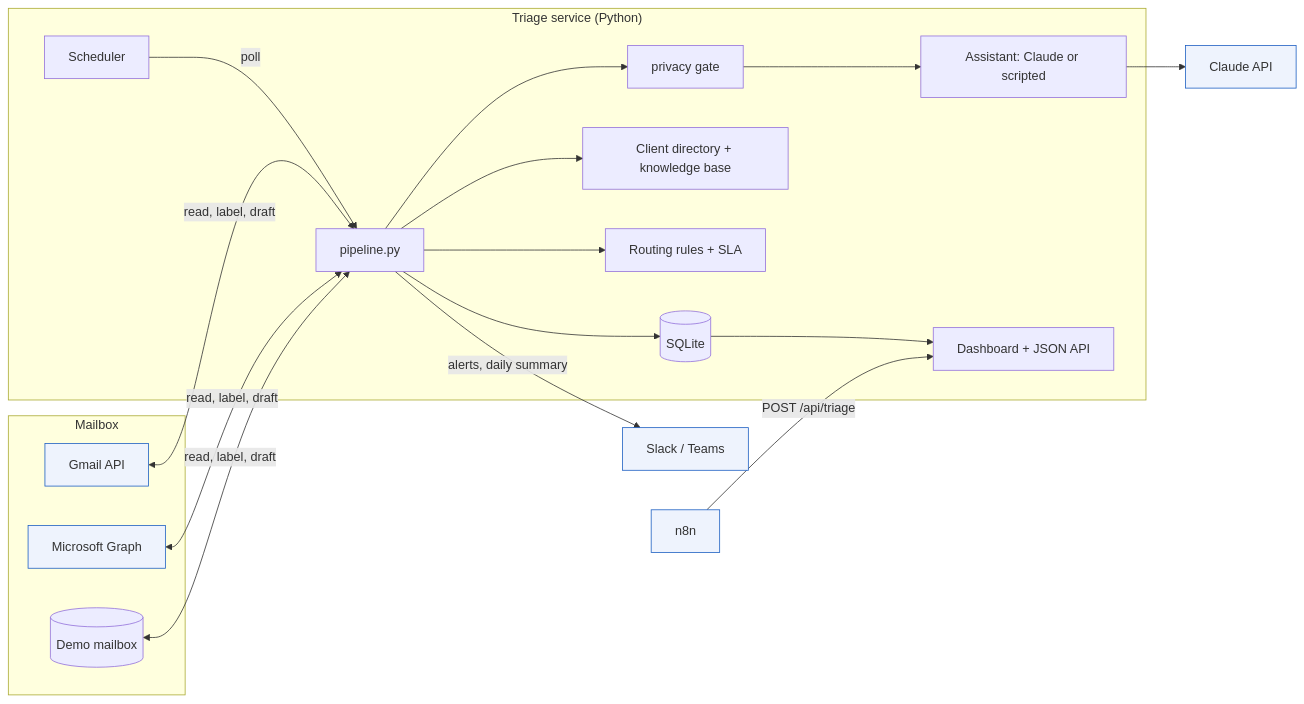
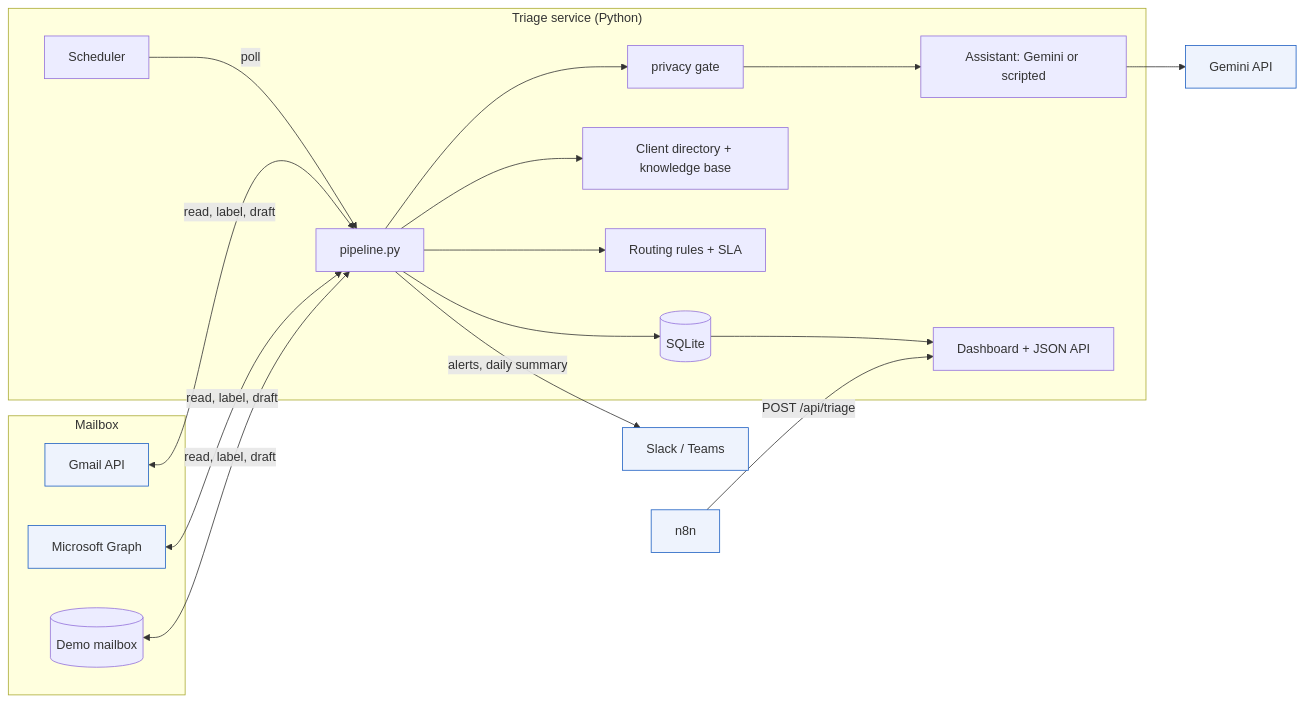
One commit to youcallmejoaz/ai-client-query-triage changed the first of 2 diagrams in docs/ARCHITECTURE.md. Above: the diagram before and after it, drawn with Mermaid. The commit also changed other lines of this file and 20 other files, not shown here.

First line of the commit message:
Switch the assistant from Claude to Gemini

````diff
--- a/docs/ARCHITECTURE.md
+++ b/docs/ARCHITECTURE.md
@@ -3,31 +3,31 @@
 ```mermaid
 flowchart LR
     subgraph Mailbox
       G[Gmail API]:::ext
       O[Microsoft Graph]:::ext
       D[(Demo mailbox)]
     end
     subgraph Service["Triage service (Python)"]
       P[pipeline.py]
       PR[privacy gate]
-      AI[Assistant: Claude or scripted]
+      AI[Assistant: Gemini or scripted]
       CX[Client directory + knowledge base]
       R[Routing rules + SLA]
       DB[(SQLite)]
       W[Dashboard + JSON API]
       S[Scheduler]
     end
     N[n8n]:::ext
     T[Slack / Teams]:::ext
-    C[Claude API]:::ext
+    C[Gemini API]:::ext
 
     S -->|poll| P
     G & O & D <-->|read, label, draft| P
     P --> PR --> AI --> C
     P --> CX
     P --> R
     P --> DB --> W
     P -->|alerts, daily summary| T
     N -->|POST /api/triage| W
     classDef ext fill:#eef3fd,stroke:#1d5fc2
 ```
````
